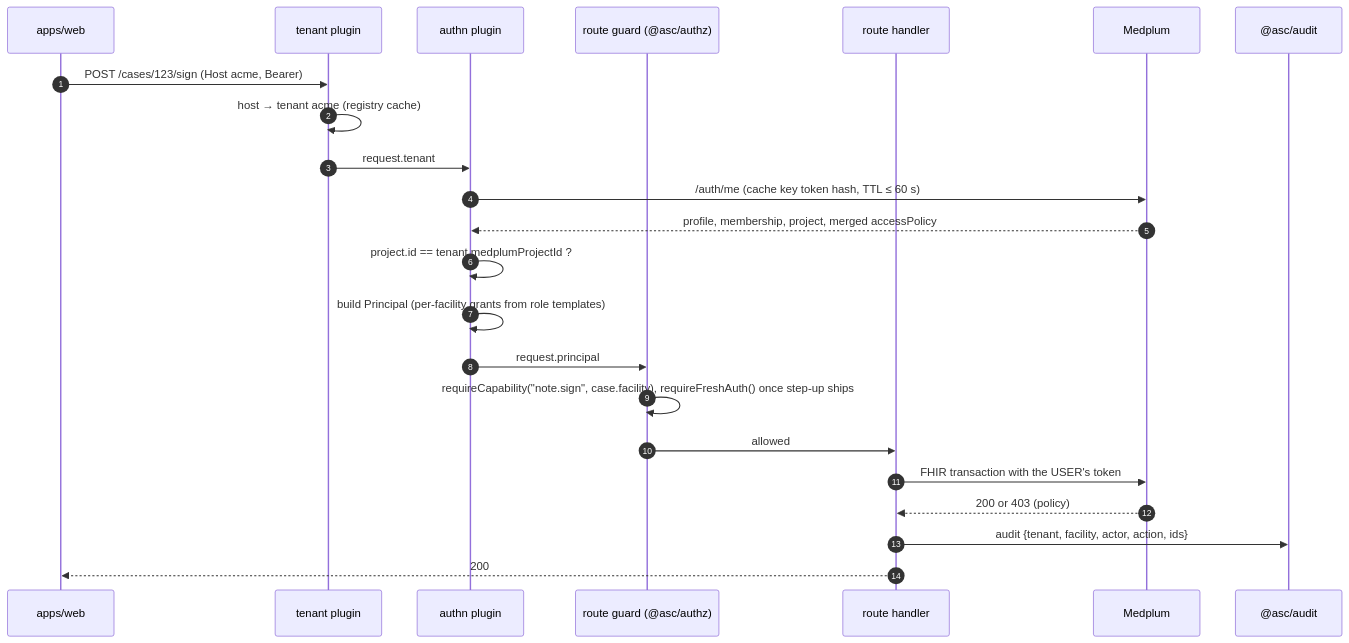
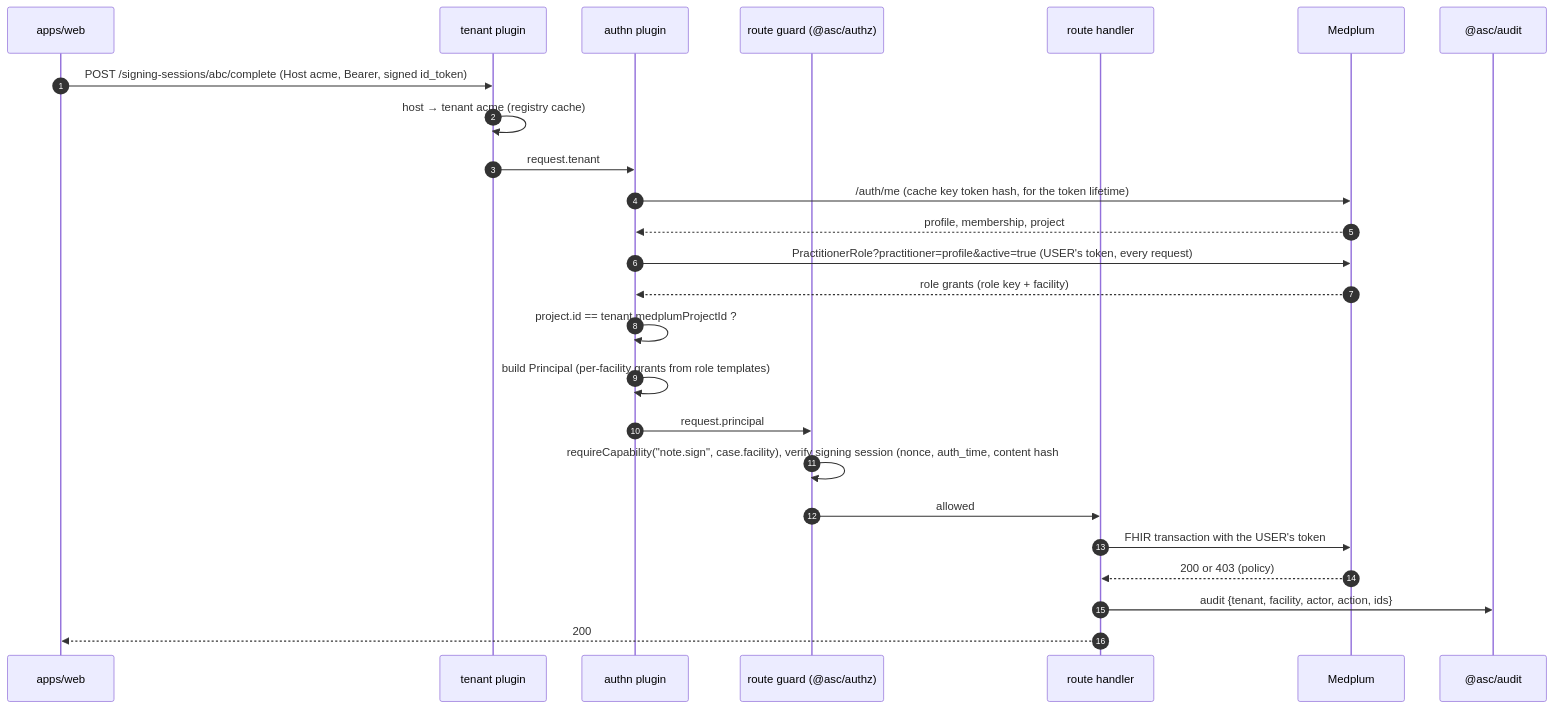
One commit to imRahul05/ASC-EHR changed the sixth of 13 diagrams in docs/product/08-identity-access-and-tenancy.md. Above: the diagram before and after it, drawn with Mermaid. The commit also changed other lines of this file, not shown here.

Commit message:
docs(iam): 08 step-up, signing ceremony, freshness and machine identities as decided in #57 and #58

````diff
--- a/docs/product/08-identity-access-and-tenancy.md
+++ b/docs/product/08-identity-access-and-tenancy.md
@@ -473,26 +495,28 @@
 ```mermaid
 sequenceDiagram
     autonumber
     participant W as apps/web
     participant T as tenant plugin
     participant N as authn plugin
     participant G as route guard (@asc/authz)
     participant R as route handler
     participant M as Medplum
     participant AU as @asc/audit
 
-    W->>T: POST /cases/123/sign (Host acme, Bearer)
+    W->>T: POST /signing-sessions/abc/complete (Host acme, Bearer, signed id_token)
     T->>T: host → tenant acme (registry cache)
     T->>N: request.tenant
-    N->>M: /auth/me (cache key token hash, TTL ≤ 60 s)
-    M-->>N: profile, membership, project, merged accessPolicy
+    N->>M: /auth/me (cache key token hash, for the token lifetime)
+    M-->>N: profile, membership, project
+    N->>M: PractitionerRole?practitioner=profile&active=true (USER's token, every request)
+    M-->>N: role grants (role key + facility)
     N->>N: project.id == tenant.medplumProjectId ?
     N->>N: build Principal (per-facility grants from role templates)
     N->>G: request.principal
-    G->>G: requireCapability("note.sign", case.facility), requireFreshAuth() once step-up ships
+    G->>G: requireCapability("note.sign", case.facility), verify signing session (nonce, auth_time, content hash; #58)
     G->>R: allowed
     R->>M: FHIR transaction with the USER's token
     M-->>R: 200 or 403 (policy)
     R->>AU: audit {tenant, facility, actor, action, ids}
     R-->>W: 200
 ```
````
